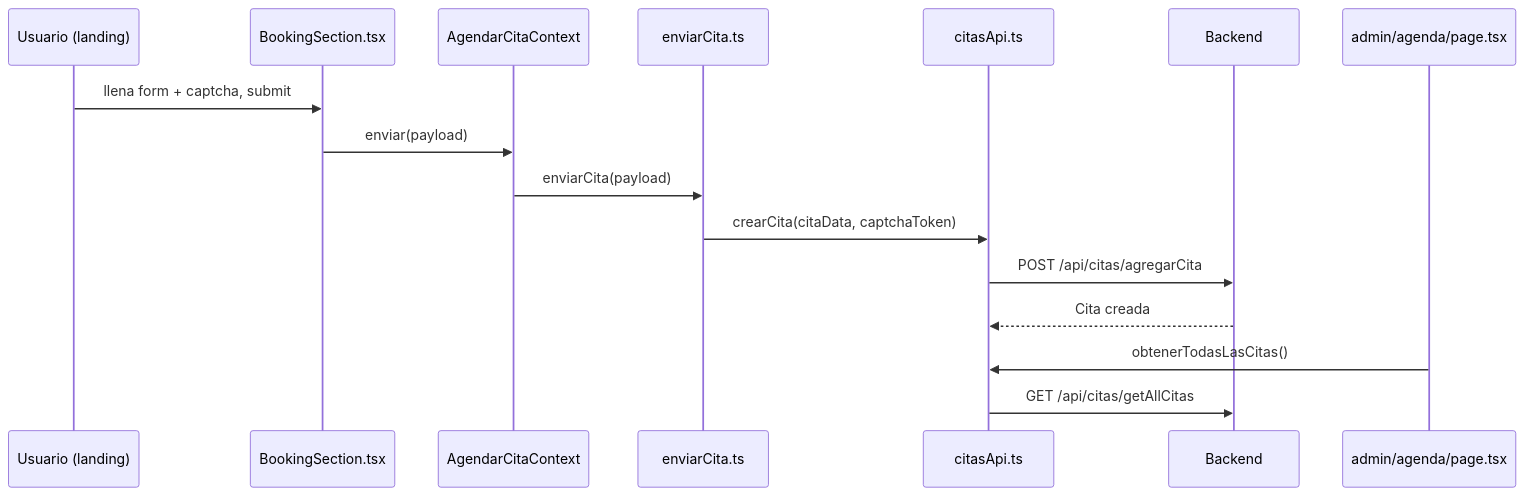
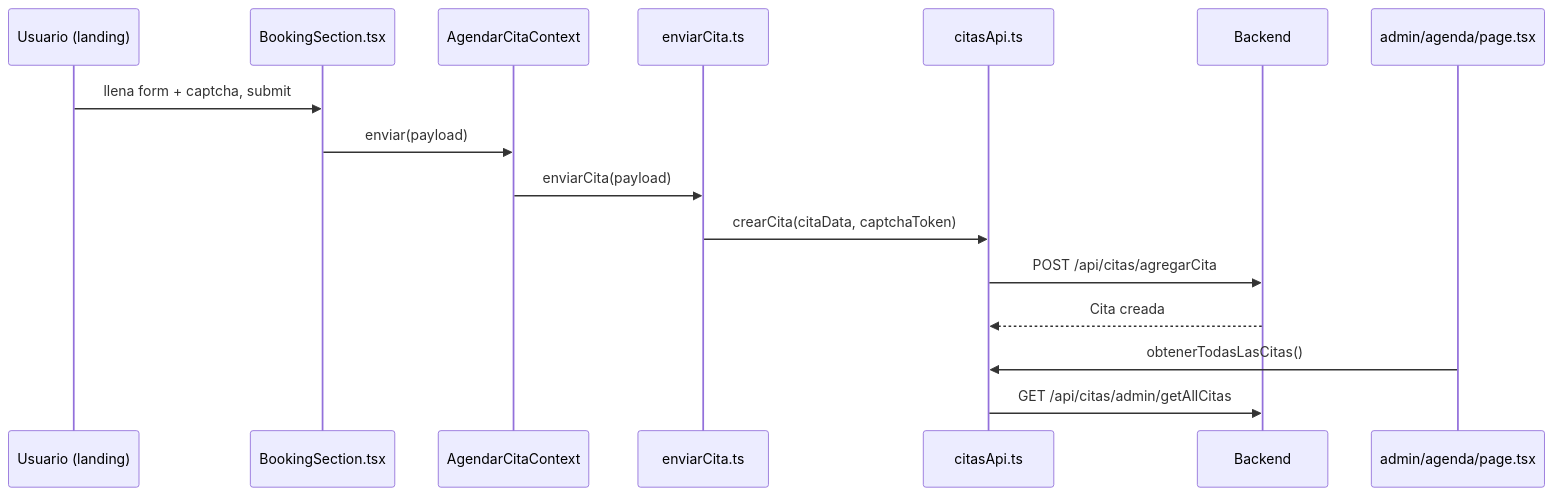
One commit to Kuche-Smart-Kitchen/Kuche-plataforma changed the diagram in DOCUMENTACION_ARQUITECTURA_COMPLETA_SISTEMA.md. Above: the diagram before and after it, drawn with Mermaid. The commit also changed 11 other files, not shown here.

````diff
--- a/DOCUMENTACION_ARQUITECTURA_COMPLETA_SISTEMA.md
+++ b/DOCUMENTACION_ARQUITECTURA_COMPLETA_SISTEMA.md
@@ -140,19 +140,19 @@
 ```mermaid
 sequenceDiagram
   participant U as Usuario (landing)
   participant BS as BookingSection.tsx
   participant Ctx as AgendarCitaContext
   participant Val as enviarCita.ts
   participant Api as citasApi.ts
   participant BE as Backend
   participant Admin as admin/agenda/page.tsx
 
   U->>BS: llena form + captcha, submit
   BS->>Ctx: enviar(payload)
   Ctx->>Val: enviarCita(payload)
   Val->>Api: crearCita(citaData, captchaToken)
   Api->>BE: POST /api/citas/agregarCita
   BE-->>Api: Cita creada
   Admin->>Api: obtenerTodasLasCitas()
-  Api->>BE: GET /api/citas/getAllCitas
+  Api->>BE: GET /api/citas/admin/getAllCitas
 ```
````
